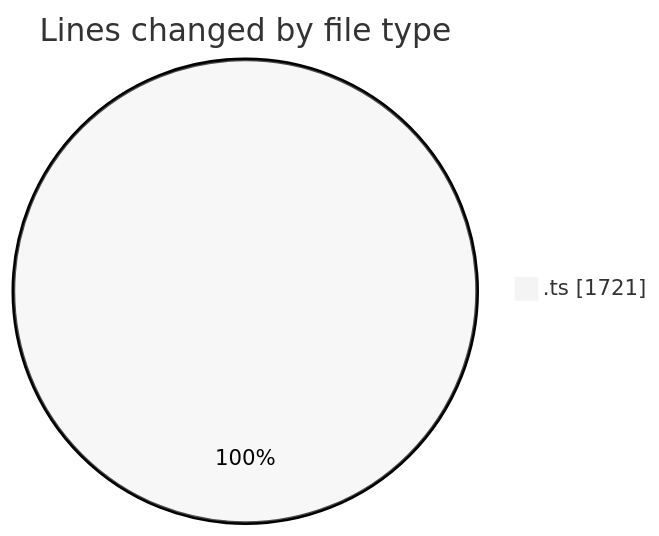
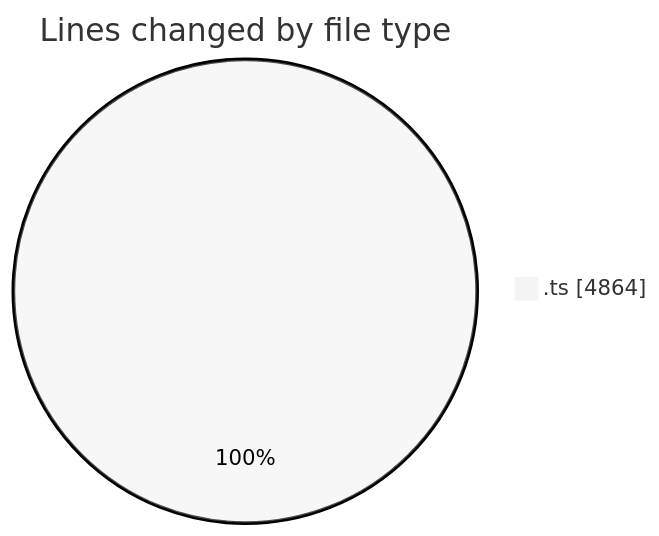
The first of 2 diagrams in 2025-09-12/cda/README.md (momahboobian/code-tracking), drawn with Mermaid (neutral theme) before and after one commit. The commit also changed other lines of this file and 1 other file, not shown here.

````diff
--- a/2025-09-12/cda/README.md
+++ b/2025-09-12/cda/README.md
@@ -23,5 +24,5 @@
 ```mermaid
 pie showData
 title Lines changed by file type
-".ts" : 1721
+".ts" : 4864
 ```
````
